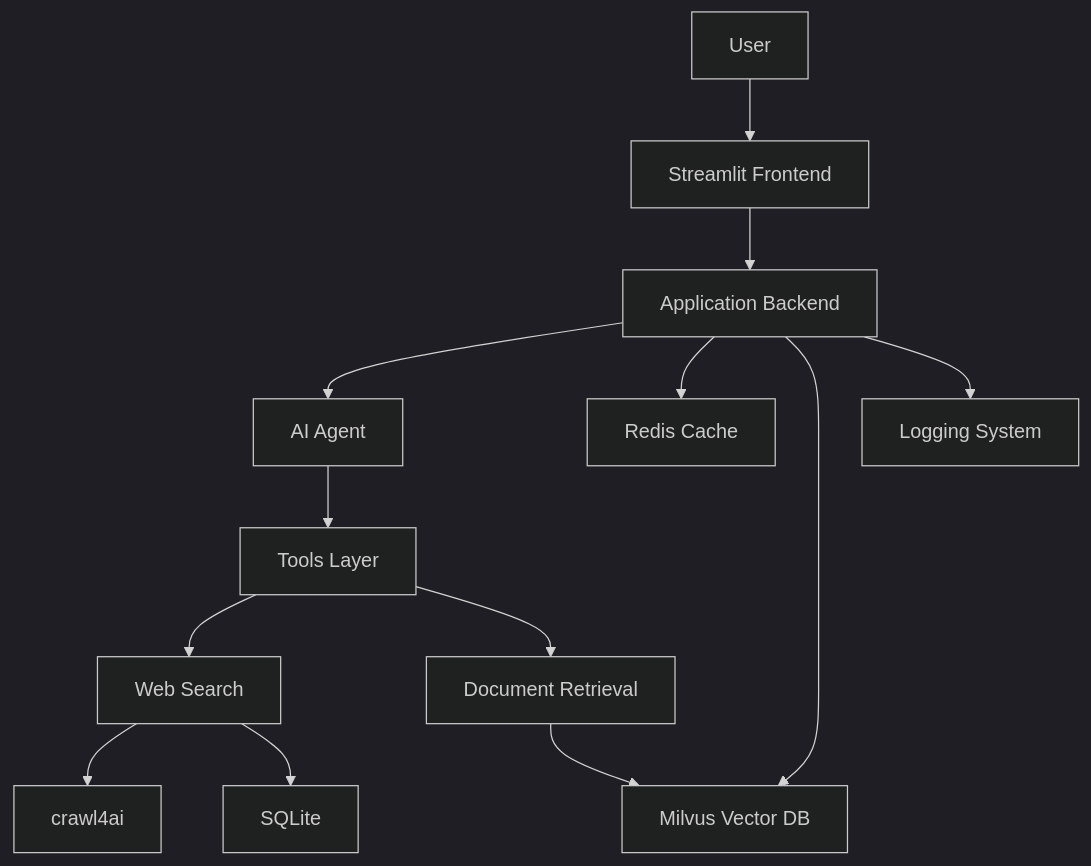
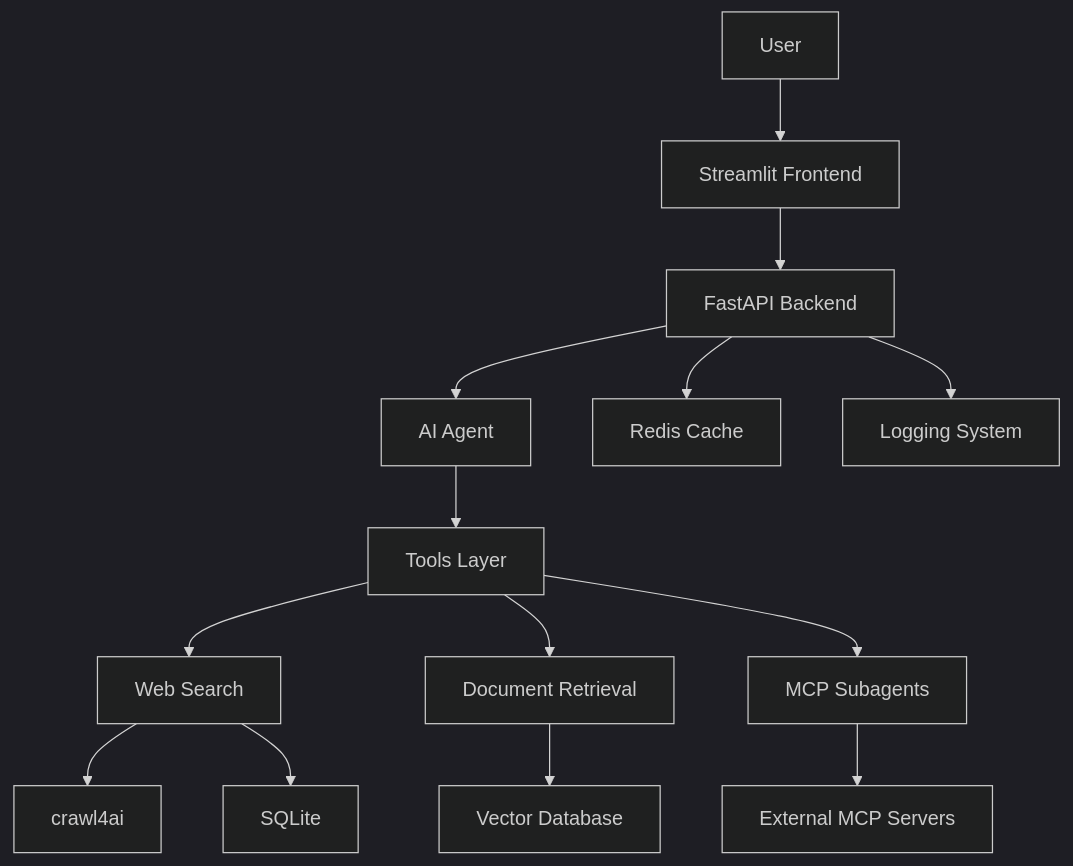
One commit to virtUOS/askUOS changed the diagram in docs/architecture/overview.md. Above: the diagram before and after it, drawn with Mermaid (dark theme). The commit also changed other lines of this file and 7 other files, not shown here.

````diff
--- a/docs/architecture/overview.md
+++ b/docs/architecture/overview.md
@@ -7,15 +7,16 @@
 ```mermaid
 graph TB
     User[User] --> Frontend[Streamlit Frontend]
-    Frontend --> Backend[Application Backend]
-    Backend --> AI[AI Agent]
-    Backend --> Cache[Redis Cache]
-    Backend --> VectorDB[Milvus Vector DB]
+    Frontend --> API[FastAPI Backend]
+    API --> AI[AI Agent]
+    API --> Cache[Redis Cache]
     AI --> Tools[Tools Layer]
     Tools --> WebSearch[Web Search]
     Tools --> DocRetrieval[Document Retrieval]
-    DocRetrieval --> VectorDB
+    Tools --> MCP[MCP Subagents]
+    DocRetrieval --> VectorDB[Vector Database]
+    MCP --> External[External MCP Servers]
     WebSearch --> Crawler[crawl4ai]
     WebSearch --> SQLite[SQLite]
-    Backend --> Logs[Logging System]
+    API --> Logs[Logging System]
 ```
````
